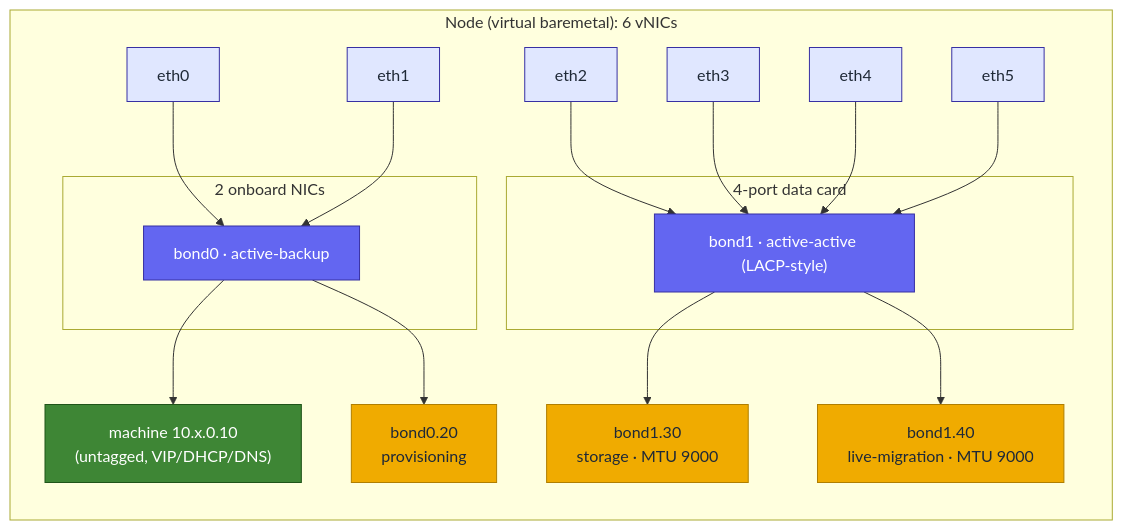
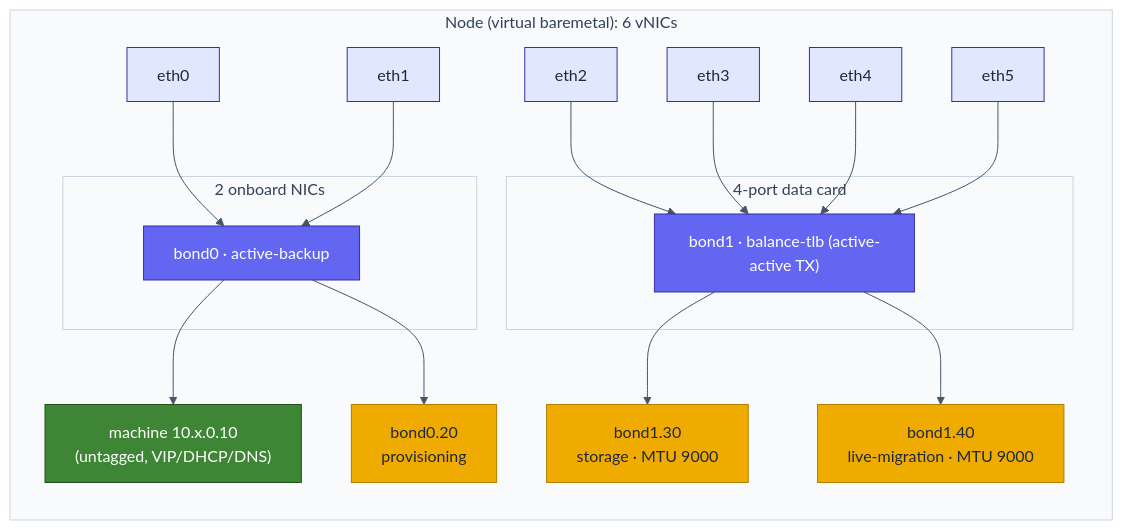
Before and after one commit to maci0/vmetal-openshift: the first of 10 diagrams in docs/architecture.md, drawn with Mermaid. The commit also changed other lines of this file and 6 other files, not shown here.

First line of the commit message:
docs: beautify all mermaid diagrams (clean theme, fix yellow subgraphs)

````diff
--- a/docs/architecture.md
+++ b/docs/architecture.md
@@ -35,29 +35,30 @@
 ```mermaid
+%%{init: {'theme':'base','themeVariables':{'fontFamily':'ui-sans-serif, system-ui, Segoe UI, Roboto, Helvetica, Arial, sans-serif','clusterBkg':'#f8fafc','clusterBorder':'#cbd5e1','titleColor':'#334155','lineColor':'#475569','primaryColor':'#eef2ff','primaryBorderColor':'#94a3b8','primaryTextColor':'#0f172a','edgeLabelBackground':'#ffffff'}}}%%
 flowchart LR
   subgraph node["Node (virtual baremetal): 6 vNICs"]
     direction TB
     e0["eth0"]; e1["eth1"]
     e2["eth2"]; e3["eth3"]; e4["eth4"]; e5["eth5"]
     subgraph onboard["2 onboard NICs"]
       b0["bond0 · active-backup"]
     end
     subgraph card["4-port data card"]
-      b1["bond1 · active-active (LACP-style)"]
+      b1["bond1 · balance-tlb (active-active TX)"]
     end
     m["machine 10.x.0.10<br/>(untagged, VIP/DHCP/DNS)"]
     p["bond0.20<br/>provisioning"]
     s["bond1.30<br/>storage · MTU 9000"]
     mig["bond1.40<br/>live-migration · MTU 9000"]
   end
   e0 --> b0; e1 --> b0
   e2 --> b1; e3 --> b1; e4 --> b1; e5 --> b1
   b0 --> m
   b0 --> p
   b1 --> s
   b1 --> mig
   classDef nic fill:#e0e7ff,stroke:#3730a3,color:#1f2937;
   classDef bond fill:#6366f1,stroke:#3730a3,color:#fff;
   classDef untag fill:#3e8635,stroke:#1f5419,color:#fff;
   classDef vlan fill:#f0ab00,stroke:#b07e00,color:#1f2937;
   class e0,e1,e2,e3,e4,e5 nic; class b0,b1 bond; class m untag; class p,s,mig vlan;
 ```
````
